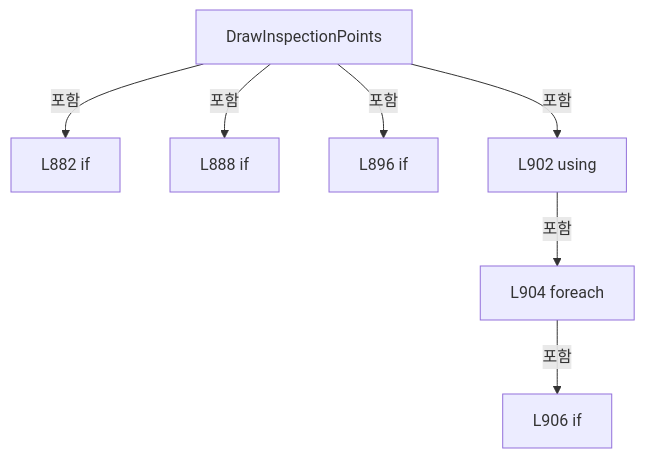
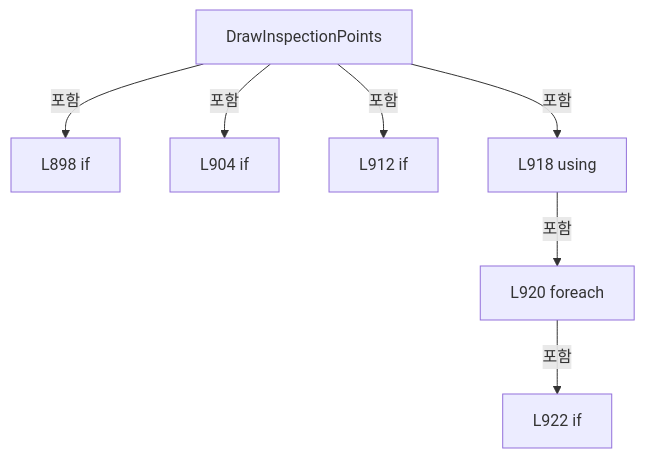
One commit to kjuws10-rgb/Shared changed the third of 22 diagrams in A3 LD Code Ref/files/Drilling.UI/Menu/Menus/CReviewGlassPreviewBuilder.cs.md. Above: the diagram before and after it, drawn with Mermaid. The commit also changed other lines of this file and 2071 other files, not shown here.

Commit message:
docs(a3): update 11.19.0 architecture and code reference

````diff
--- a/A3 LD Code Ref/files/Drilling.UI/Menu/Menus/CReviewGlassPreviewBuilder.cs.md
+++ b/A3 LD Code Ref/files/Drilling.UI/Menu/Menus/CReviewGlassPreviewBuilder.cs.md
@@ -1385,16 +1400,16 @@
 ```mermaid
 flowchart TD
  M["DrawInspectionPoints"]
- N0["L882 if"]
+ N0["L898 if"]
  M -->|포함| N0
- N1["L888 if"]
+ N1["L904 if"]
  M -->|포함| N1
- N2["L896 if"]
+ N2["L912 if"]
  M -->|포함| N2
- N3["L902 using"]
+ N3["L918 using"]
  M -->|포함| N3
- N4["L904 foreach"]
+ N4["L920 foreach"]
  N3 -->|포함| N4
- N5["L906 if"]
+ N5["L922 if"]
  N4 -->|포함| N5
 ```
````
